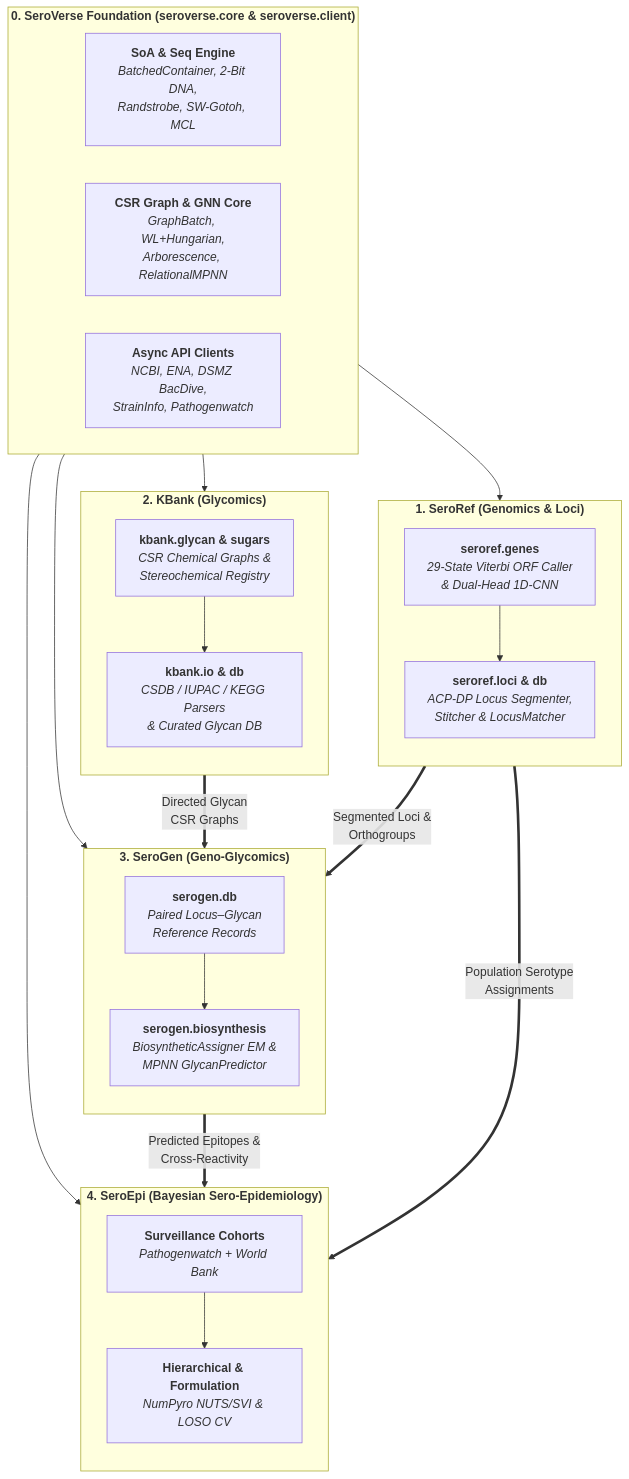
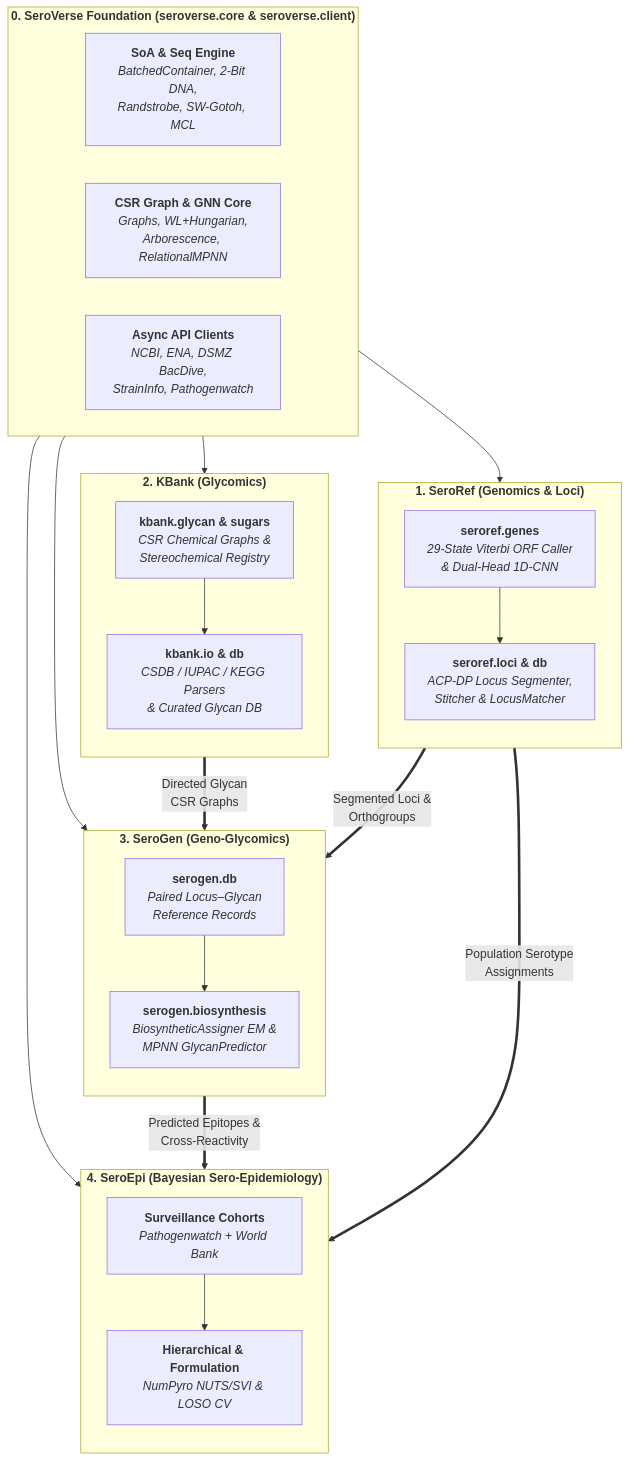
One commit to SeroVerse/SeroVerse changed the diagram in docs/index.md. Above: the diagram before and after it, drawn with Mermaid. The commit also changed 10 other files, not shown here.

````diff
--- a/docs/index.md
+++ b/docs/index.md
@@ -178,46 +178,46 @@
 ```mermaid
 flowchart TB
     subgraph SV["<b>0. SeroVerse Foundation (seroverse.core &amp; seroverse.client)</b>"]
         direction LR
         SOA["<b>SoA &amp; Seq Engine</b><br/><i>BatchedContainer, 2-Bit DNA,<br/>Randstrobe, SW-Gotoh, MCL</i>"]
-        GRP["<b>CSR Graph &amp; GNN Core</b><br/><i>GraphBatch, WL+Hungarian,<br/>Arborescence, RelationalMPNN</i>"]
+        GRP["<b>CSR Graph &amp; GNN Core</b><br/><i>Graphs, WL+Hungarian,<br/>Arborescence, RelationalMPNN</i>"]
         CLI["<b>Async API Clients</b><br/><i>NCBI, ENA, DSMZ BacDive,<br/>StrainInfo, Pathogenwatch</i>"]
     end
 
     subgraph SR["<b>1. SeroRef (Genomics &amp; Loci)</b>"]
         direction TB
         ORF["<b>seroref.genes</b><br/><i>29-State Viterbi ORF Caller<br/>&amp; Dual-Head 1D-CNN</i>"]
         LOC["<b>seroref.loci &amp; db</b><br/><i>ACP-DP Locus Segmenter,<br/>Stitcher &amp; LocusMatcher</i>"]
         ORF --> LOC
     end
 
     subgraph KB["<b>2. KBank (Glycomics)</b>"]
         direction TB
         GLY["<b>kbank.glycan &amp; sugars</b><br/><i>CSR Chemical Graphs &amp;<br/>Stereochemical Registry</i>"]
         KDB["<b>kbank.io &amp; db</b><br/><i>CSDB / IUPAC / KEGG Parsers<br/>&amp; Curated Glycan DB</i>"]
         GLY --> KDB
     end
 
     subgraph SG["<b>3. SeroGen (Geno-Glycomics)</b>"]
         direction TB
         SDB["<b>serogen.db</b><br/><i>Paired Locus–Glycan<br/>Reference Records</i>"]
         BIO["<b>serogen.biosynthesis</b><br/><i>BiosyntheticAssigner EM &amp;<br/>MPNN GlycanPredictor</i>"]
         SDB --> BIO
     end
 
     subgraph SE["<b>4. SeroEpi (Bayesian Sero-Epidemiology)</b>"]
         direction TB
         COH["<b>Surveillance Cohorts</b><br/><i>Pathogenwatch + World Bank</i>"]
         BAY["<b>Hierarchical &amp; Formulation</b><br/><i>NumPyro NUTS/SVI &amp; LOSO CV</i>"]
         COH --> BAY
     end
 
     SV --> SR
     SV --> KB
     SV --> SG
     SV --> SE
     LOC ==>|"Segmented Loci &amp;<br/>Orthogroups"| SDB
     KDB ==>|"Directed Glycan<br/>CSR Graphs"| SDB
     LOC ==>|"Population Serotype<br/>Assignments"| COH
     BIO ==>|"Predicted Epitopes &amp;<br/>Cross-Reactivity"| BAY
 ```
````
